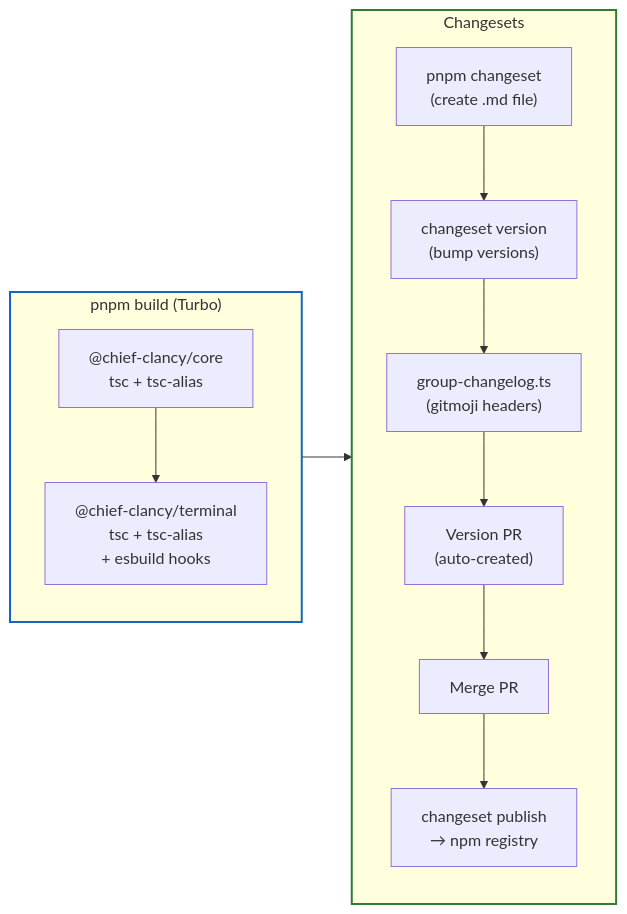
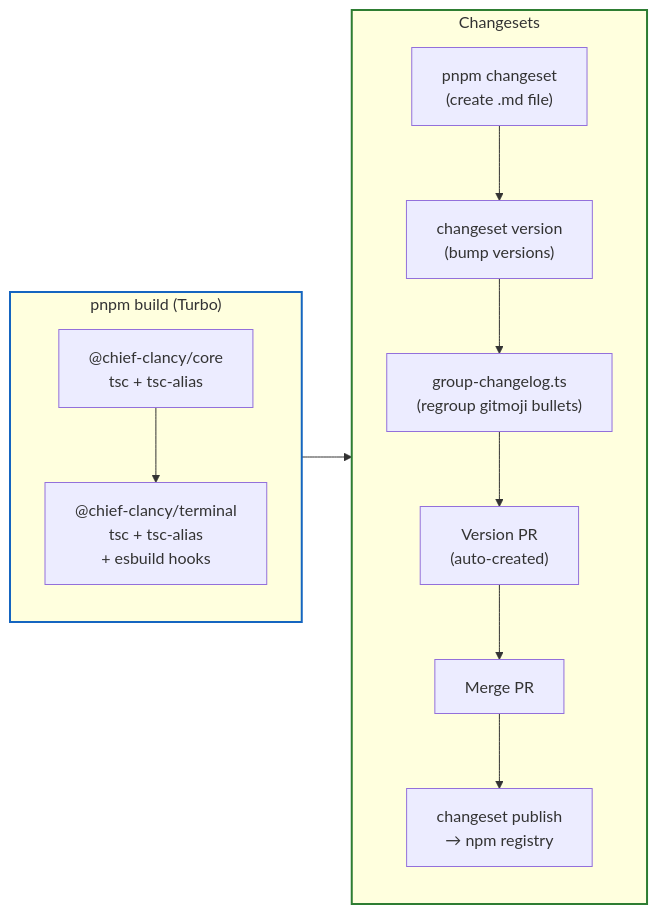
One commit to Pushedskydiver/chief-clancy changed diagram 14 of 14 in docs/VISUAL-ARCHITECTURE.md. Above: the diagram before and after it, drawn with Mermaid. The commit also changed 3 other files, not shown here.

````diff
--- a/docs/VISUAL-ARCHITECTURE.md
+++ b/docs/VISUAL-ARCHITECTURE.md
@@ -767,19 +767,19 @@
 ```mermaid
 flowchart LR
     subgraph Build["pnpm build (Turbo)"]
         CoreBuild["@chief-clancy/core\ntsc + tsc-alias"] --> TermBuild["@chief-clancy/terminal\ntsc + tsc-alias\n+ esbuild hooks"]
     end
 
     subgraph Publish["Changesets"]
         Changeset["pnpm changeset\n(create .md file)"] --> Version["changeset version\n(bump versions)"]
-        Version --> GroupCL["group-changelog.ts\n(gitmoji headers)"]
+        Version --> GroupCL["group-changelog.ts\n(regroup gitmoji bullets)"]
         GroupCL --> VersionPR["Version PR\n(auto-created)"]
         VersionPR --> Merge["Merge PR"]
         Merge --> NPM["changeset publish\n→ npm registry"]
     end
 
     Build --> Publish
 
     style Build stroke:#1565c0,stroke-width:2px
     style Publish stroke:#2e7d32,stroke-width:2px
 ```
````
